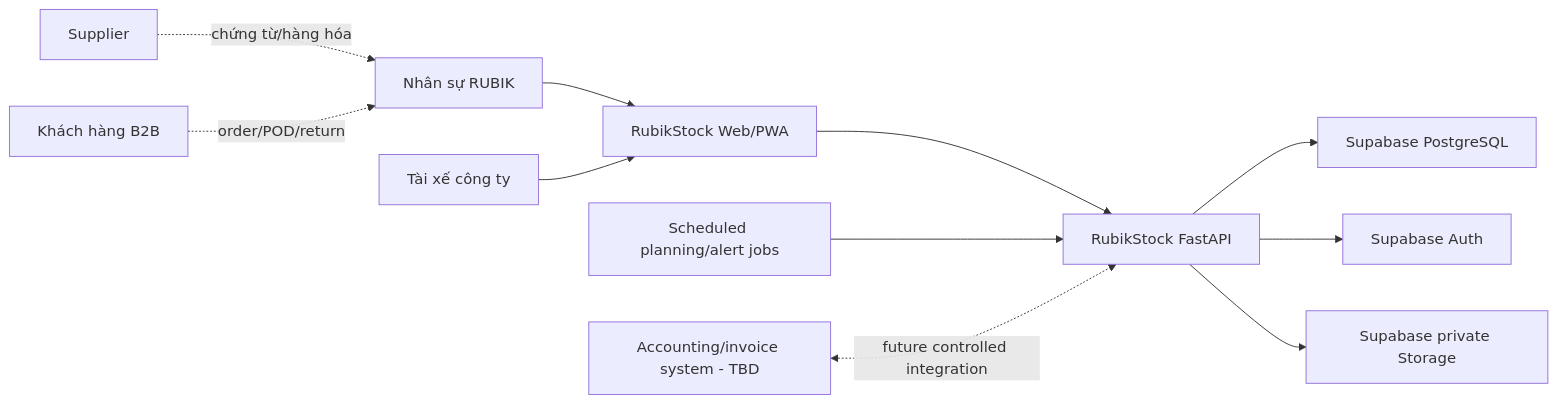
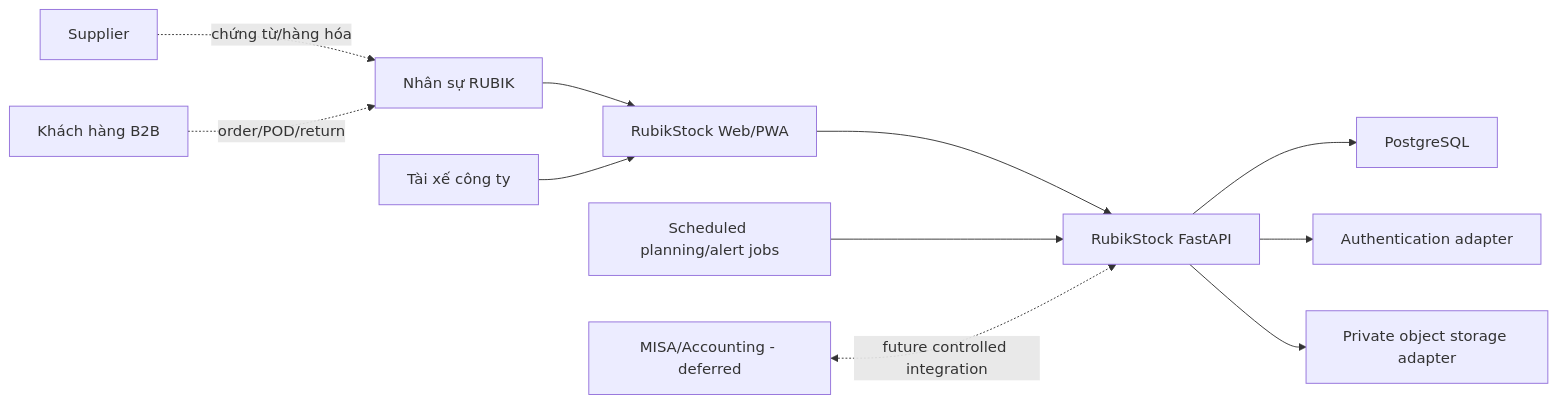
Before and after one commit to nguyentan510/RubikStock: the diagram in docs/02-architecture/SYSTEM_CONTEXT.md, drawn with Mermaid. The commit also changed other lines of this file and 55 other files, not shown here.

````diff
--- a/docs/02-architecture/SYSTEM_CONTEXT.md
+++ b/docs/02-architecture/SYSTEM_CONTEXT.md
@@ -5,13 +5,13 @@
 ```mermaid
 flowchart LR
     Staff["Nhân sự RUBIK"] --> Web["RubikStock Web/PWA"]
     Driver["Tài xế công ty"] --> Web
     Web --> API["RubikStock FastAPI"]
-    API --> DB["Supabase PostgreSQL"]
-    API --> Auth["Supabase Auth"]
-    API --> Files["Supabase private Storage"]
+    API --> DB["PostgreSQL"]
+    API --> Auth["Authentication adapter"]
+    API --> Files["Private object storage adapter"]
     Jobs["Scheduled planning/alert jobs"] --> API
     Supplier["Supplier"] -. chứng từ/hàng hóa .-> Staff
     Customer["Khách hàng B2B"] -. order/POD/return .-> Staff
-    Accounting["Accounting/invoice system - TBD"] <-. future controlled integration .-> API
+    Accounting["MISA/Accounting - deferred"] <-. future controlled integration .-> API
 ```
````
